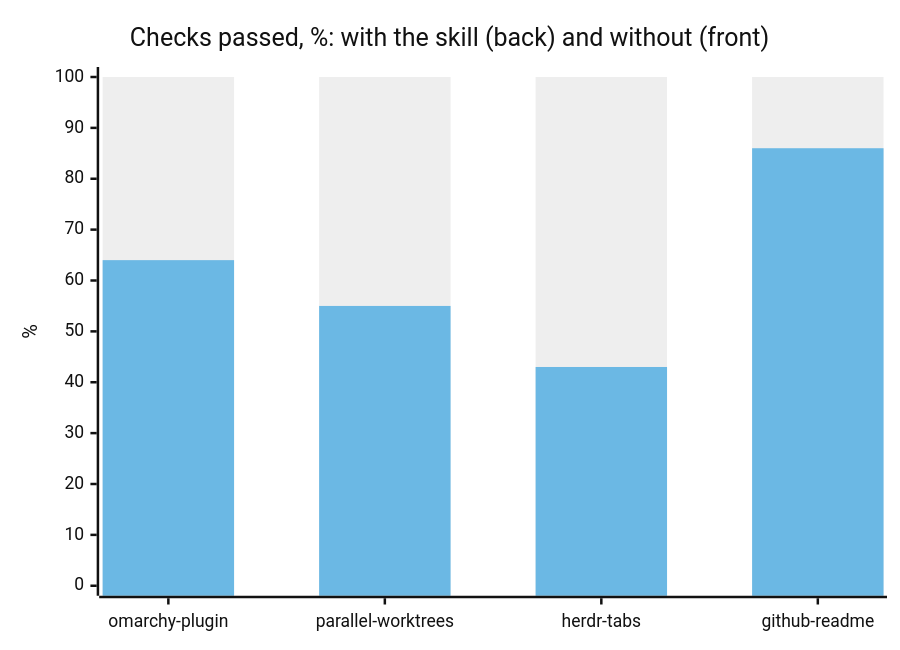
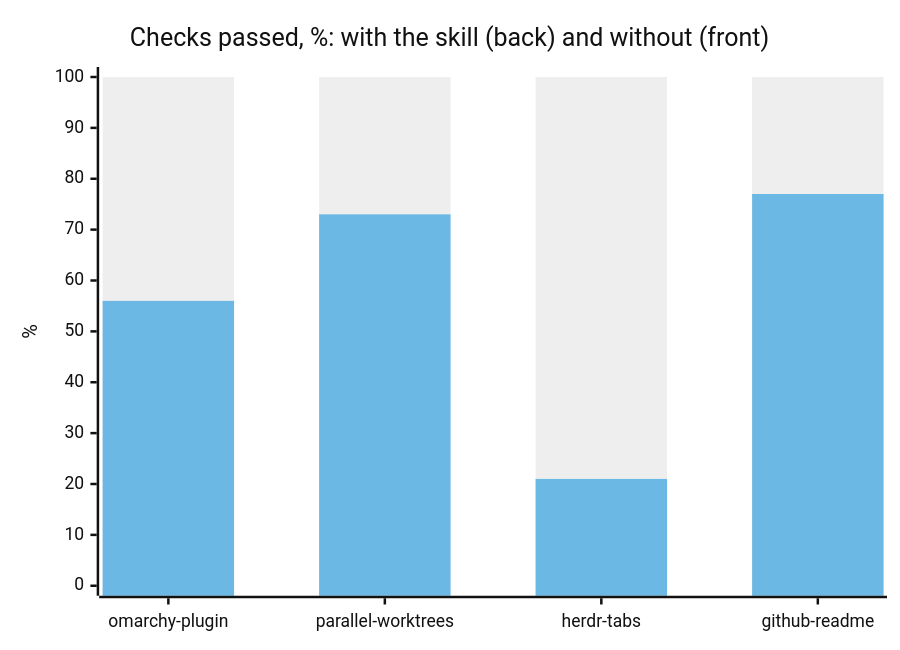
The diagram in README.md (dDan4a/agent-skills), drawn with Mermaid (neutral theme) before and after one commit. The commit also changed other lines of this file and 1 other file, not shown here.

````diff
--- a/README.md
+++ b/README.md
@@ -94,8 +94,8 @@
 ```mermaid
 xychart-beta
   title "Checks passed, %: with the skill (back) and without (front)"
   x-axis ["omarchy-plugin", "parallel-worktrees", "herdr-tabs", "github-readme"]
   y-axis "%" 0 --> 100
   bar [100, 100, 100, 100]
-  bar [64, 55, 43, 86]
+  bar [56, 73, 21, 77]
 ```
````
